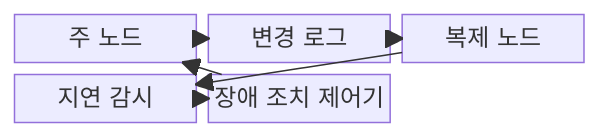
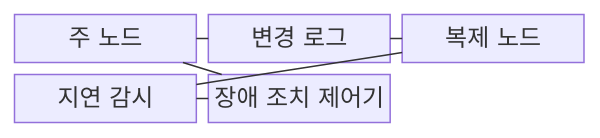
One commit to agnusdei1207/knowledge-base changed the first of 2 diagrams in src/content/docs/notes/03-software/100_database_replication.md. Above: the diagram before and after it, drawn with Mermaid. The commit also changed other lines of this file and 493 other files, not shown here.

````diff
--- a/src/content/docs/notes/03-software/100_database_replication.md
+++ b/src/content/docs/notes/03-software/100_database_replication.md
@@ -69,14 +69,14 @@
 ```mermaid
 block-beta
   columns 3
   P["주 노드"]
   L["변경 로그"]
   R["복제 노드"]
   M["지연 감시"]
   F["장애 조치 제어기"]
-  P --> L
-  L --> R
-  R --> M
-  M --> F
-  F --> P
+  P --- L
+  L --- R
+  R --- M
+  M --- F
+  F --- P
 ```
````
